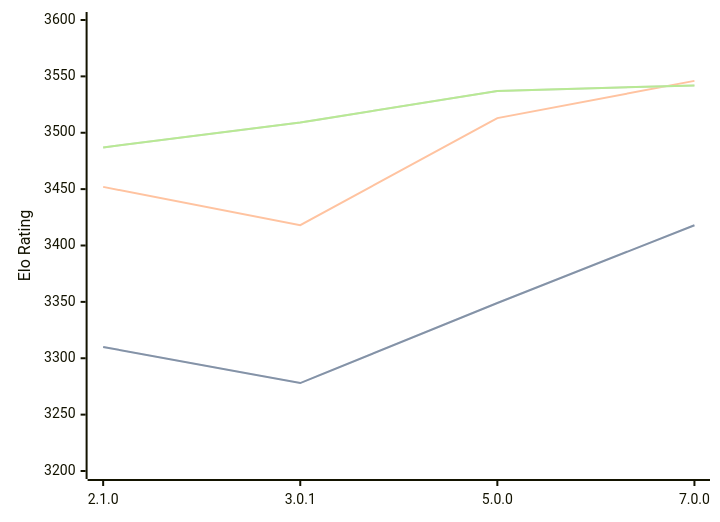
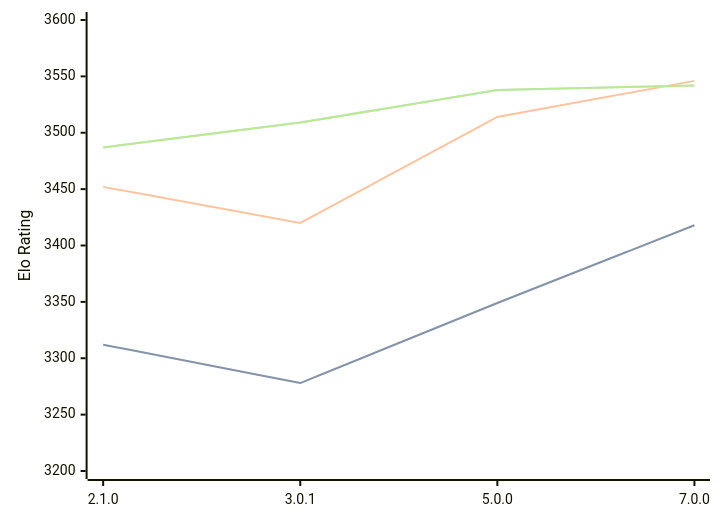
One commit to computer-chess-index/cci changed the first of 3 diagrams in engines/PlentyChess.md. Above: the diagram before and after it, drawn with Mermaid. The commit also changed other lines of this file, not shown here.

Commit message:
Update CCI Ratings (ELO VLTC) - 2026-06-21

````diff
--- a/engines/PlentyChess.md
+++ b/engines/PlentyChess.md
@@ -45,11 +45,11 @@
 ```mermaid
 %%{init: {"theme":"base","themeVariables":{"seriesColors:['#a3a3a3','#222221','#faa371']}}}%%
 xychart-beta
   x-axis ["2.1.0", "3.0.1", "5.0.0", "7.0.0"]
   y-axis "Elo Rating" 3200 --> 3600
-  line "STC (8.0+0.08s)" [3310, 3278, 3349, 3418]
-  line "STC (8.0+0.08s)" [3310, 3278, 3349, 3418]
-  line "LTC (60.0+0.60s)" [3452, 3418, 3513, 3546]
-  line "VLTC (2m24s+1.12s)" [3487, 3509, 3537, 3542]
-  line "VLTC (2m24s+1.12s)" [3487, 3509, 3537, 3542]
+  line "STC (8.0+0.08s)" [3312, 3278, 3349, 3418]
+  line "STC (8.0+0.08s)" [3312, 3278, 3349, 3418]
+  line "LTC (60.0+0.60s)" [3452, 3420, 3514, 3546]
+  line "VLTC (2m24s+1.12s)" [3487, 3509, 3538, 3542]
+  line "VLTC (2m24s+1.12s)" [3487, 3509, 3538, 3542]
 ```
````
